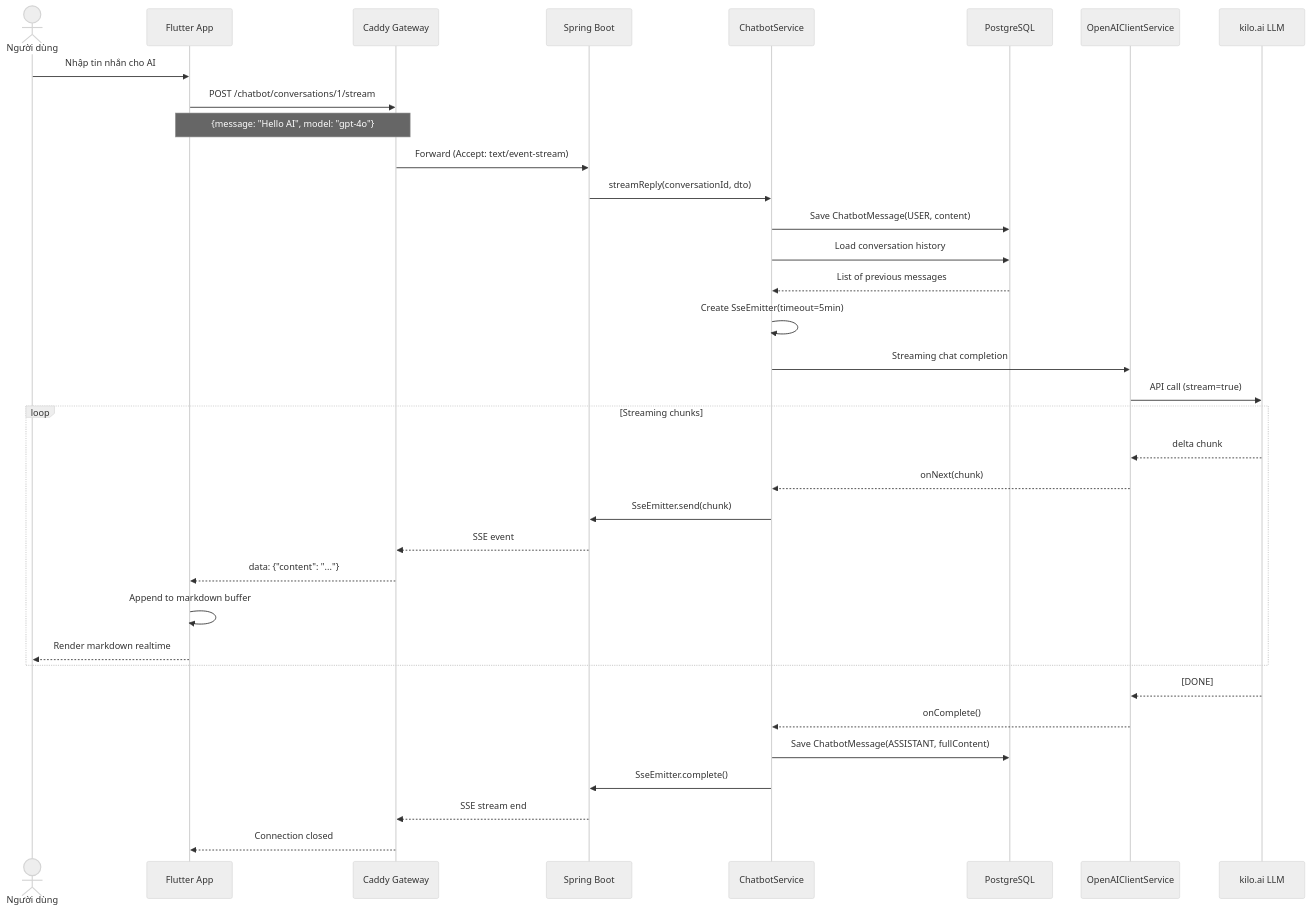
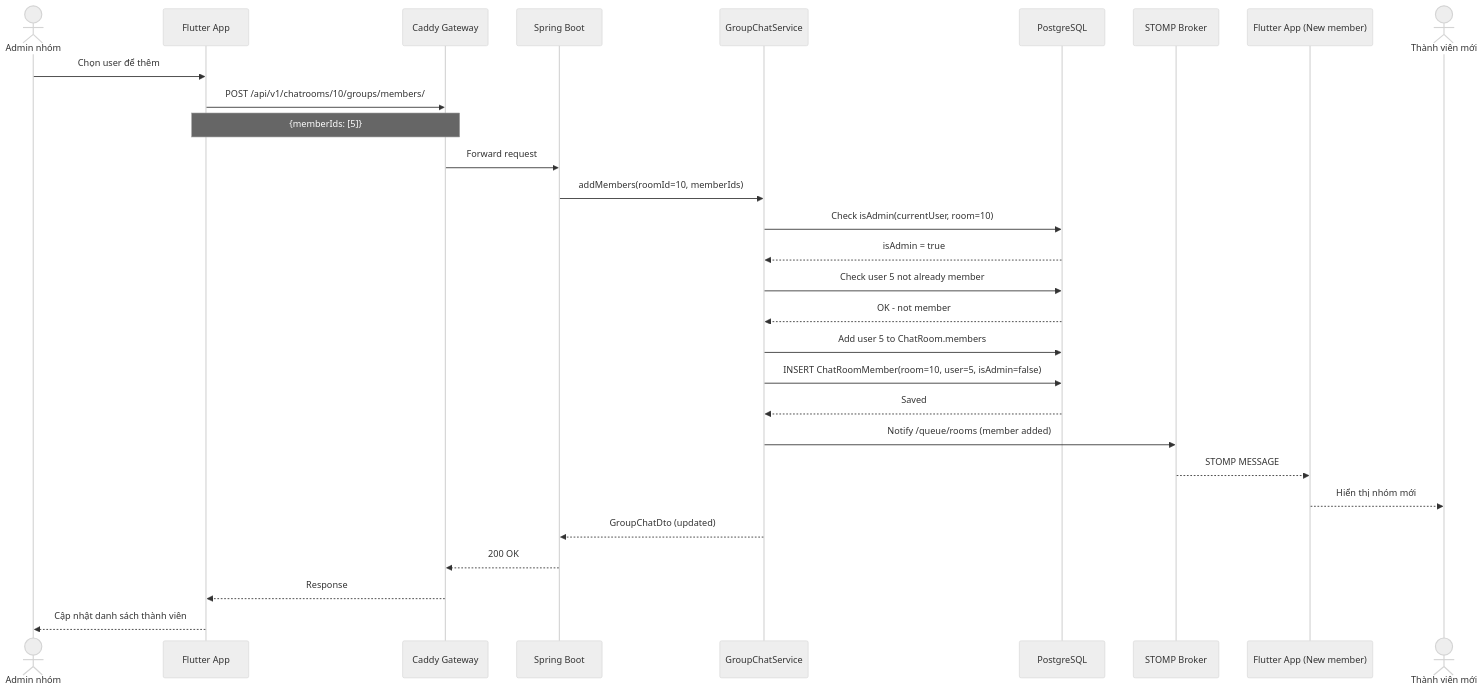
Before and after one commit to HiepNguyen284/chatapp: the sixth of 11 diagrams in bao_cao_thanh_vien_4.md, drawn with Mermaid (neutral theme). The commit also changed other lines of this file and 4473 other files, not shown here.

````diff
--- a/bao_cao_thanh_vien_4.md
+++ b/bao_cao_thanh_vien_4.md
@@ -708,40 +610,32 @@
 ```mermaid
 sequenceDiagram
-    actor User as Người dùng
+    actor Admin as Admin nhóm
     participant App as Flutter App
     participant API as Caddy Gateway
     participant SB as Spring Boot
-    participant BotSvc as ChatbotService
+    participant GrpSvc as GroupChatService
     participant DB as PostgreSQL
-    participant OpenAI as OpenAIClientService
-    participant LLM as kilo.ai LLM
+    participant STOMP as STOMP Broker
+    participant AppNew as Flutter App (New member)
+    actor NewUser as Thành viên mới
 
-    User->>App: Nhập tin nhắn cho AI
-    App->>API: POST /chatbot/conversations/1/stream
-    Note over App,API: {message: "Hello AI", model: "gpt-4o"}
-    API->>SB: Forward (Accept: text/event-stream)
-    SB->>BotSvc: streamReply(conversationId, dto)
-    BotSvc->>DB: Save ChatbotMessage(USER, content)
-    BotSvc->>DB: Load conversation history
-    DB-->>BotSvc: List of previous messages
-    BotSvc->>BotSvc: Create SseEmitter(timeout=5min)
-    BotSvc->>OpenAI: Streaming chat completion
-    OpenAI->>LLM: API call (stream=true)
-
-    loop Streaming chunks
-        LLM-->>OpenAI: delta chunk
-        OpenAI-->>BotSvc: onNext(chunk)
-        BotSvc->>SB: SseEmitter.send(chunk)
-        SB-->>API: SSE event
-        API-->>App: data: {"content": "..."}
-        App->>App: Append to markdown buffer
-        App-->>User: Render markdown realtime
-    end
-
-    LLM-->>OpenAI: [DONE]
-    OpenAI-->>BotSvc: onComplete()
-    BotSvc->>DB: Save ChatbotMessage(ASSISTANT, fullContent)
-    BotSvc->>SB: SseEmitter.complete()
-    SB-->>API: SSE stream end
-    API-->>App: Connection closed
+    Admin->>App: Chọn user để thêm
+    App->>API: POST /api/v1/chatrooms/10/groups/members/
+    Note over App,API: {memberIds: [5]}
+    API->>SB: Forward request
+    SB->>GrpSvc: addMembers(roomId=10, memberIds)
+    GrpSvc->>DB: Check isAdmin(currentUser, room=10)
+    DB-->>GrpSvc: isAdmin = true
+    GrpSvc->>DB: Check user 5 not already member
+    DB-->>GrpSvc: OK - not member
+    GrpSvc->>DB: Add user 5 to ChatRoom.members
+    GrpSvc->>DB: INSERT ChatRoomMember(room=10, user=5, isAdmin=false)
+    DB-->>GrpSvc: Saved
+    GrpSvc->>STOMP: Notify /queue/rooms (member added)
+    STOMP-->>AppNew: STOMP MESSAGE
+    AppNew-->>NewUser: Hiển thị nhóm mới
+    GrpSvc-->>SB: GroupChatDto (updated)
+    SB-->>API: 200 OK
+    API-->>App: Response
+    App-->>Admin: Cập nhật danh sách thành viên
 ```
````
